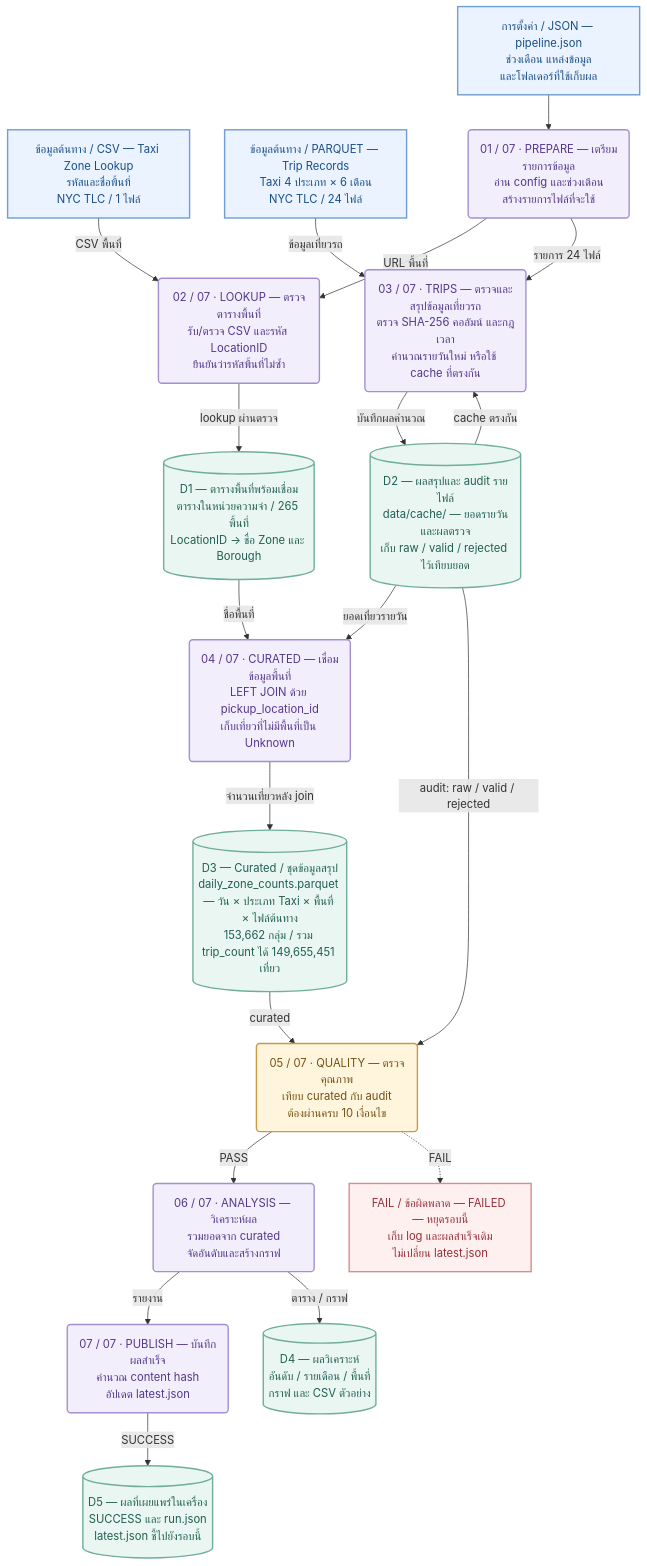
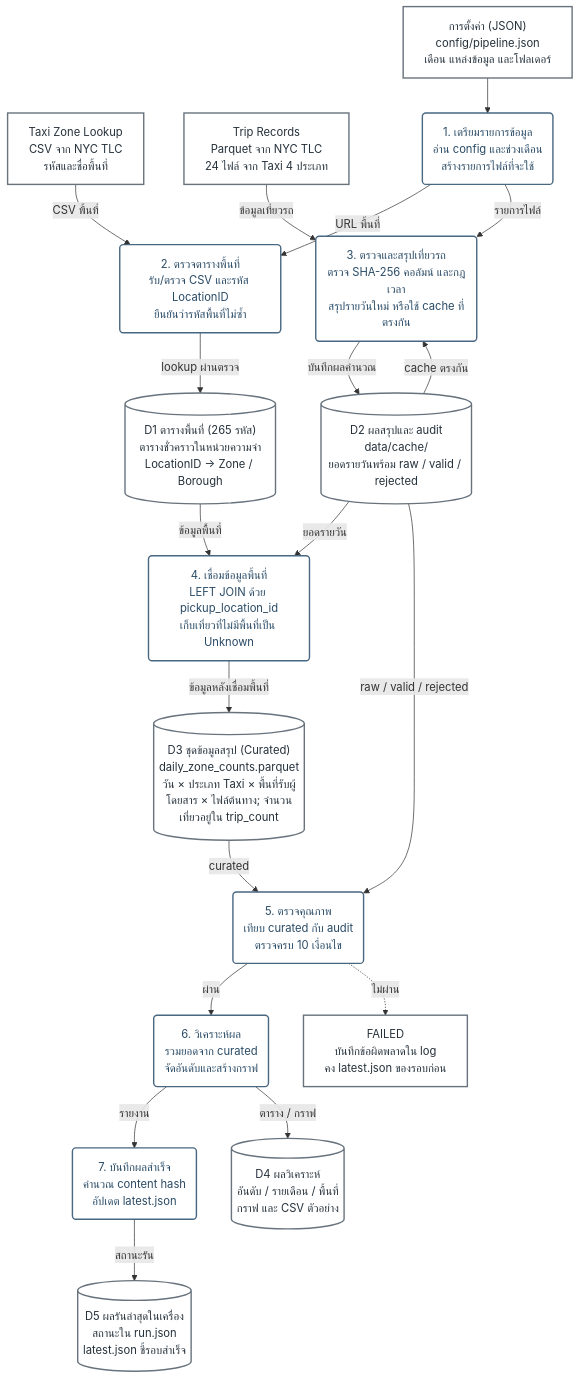
Before and after one commit to ronnakrit303/CS341-Submission2: the diagram in docs/pipeline.mmd, drawn with Mermaid. The commit also changed 3 other files, not shown here.

Commit message:
Restyle data flow diagram as grey and blue system documentation

```diff
--- a/docs/pipeline.mmd
+++ b/docs/pipeline.mmd
@@ -1,75 +1,75 @@
 flowchart TD
     %% Generated by scripts/render_pipeline_diagram.py; edit that file to regenerate both formats.
     %% Colors and labels match docs/images/pipeline-data-flow.svg.
     %% Numbered processes refer to log stages; arrows carry data, not parallel execution.
-    zoneSource["ข้อมูลต้นทาง / CSV — Taxi Zone Lookup
-รหัสและชื่อพื้นที่
-NYC TLC / 1 ไฟล์"]:::source
-    configSource["การตั้งค่า / JSON — pipeline.json
-ช่วงเดือน แหล่งข้อมูล
-และโฟลเดอร์ที่ใช้เก็บผล"]:::source
-    tripSource["ข้อมูลต้นทาง / PARQUET — Trip Records
-Taxi 4 ประเภท × 6 เดือน
-NYC TLC / 24 ไฟล์"]:::source
-    prepare("01 / 07 · PREPARE — เตรียมรายการข้อมูล
+    zoneSource["Taxi Zone Lookup
+CSV จาก NYC TLC
+รหัสและชื่อพื้นที่"]:::source
+    configSource["การตั้งค่า (JSON)
+config/pipeline.json
+เดือน แหล่งข้อมูล และโฟลเดอร์"]:::source
+    tripSource["Trip Records
+Parquet จาก NYC TLC
+24 ไฟล์ จาก Taxi 4 ประเภท"]:::source
+    prepare("1. เตรียมรายการข้อมูล
 อ่าน config และช่วงเดือน
 สร้างรายการไฟล์ที่จะใช้"):::process
-    lookup("02 / 07 · LOOKUP — ตรวจตารางพื้นที่
+    lookup("2. ตรวจตารางพื้นที่
 รับ/ตรวจ CSV และรหัส LocationID
 ยืนยันว่ารหัสพื้นที่ไม่ซ้ำ"):::process
-    trips("03 / 07 · TRIPS — ตรวจและสรุปข้อมูลเที่ยวรถ
+    trips("3. ตรวจและสรุปเที่ยวรถ
 ตรวจ SHA-256 คอลัมน์ และกฎเวลา
-คำนวณรายวันใหม่ หรือใช้ cache ที่ตรงกัน"):::process
-    zonesStore[("D1 — ตารางพื้นที่พร้อมเชื่อม
-ตารางในหน่วยความจำ / 265 พื้นที่
-LocationID → ชื่อ Zone และ Borough")]:::store
-    aggregateStore[("D2 — ผลสรุปและ audit รายไฟล์
-data/cache/ — ยอดรายวันและผลตรวจ
-เก็บ raw / valid / rejected ไว้เทียบยอด")]:::store
-    curate("04 / 07 · CURATED — เชื่อมข้อมูลพื้นที่
+สรุปรายวันใหม่ หรือใช้ cache ที่ตรงกัน"):::process
+    zonesStore[("D1 ตารางพื้นที่ (265 รหัส)
+ตารางชั่วคราวในหน่วยความจำ
+LocationID → Zone / Borough")]:::store
+    aggregateStore[("D2 ผลสรุปและ audit
+data/cache/
+ยอดรายวันพร้อม raw / valid / rejected")]:::store
+    curate("4. เชื่อมข้อมูลพื้นที่
 LEFT JOIN ด้วย pickup_location_id
 เก็บเที่ยวที่ไม่มีพื้นที่เป็น Unknown"):::process
-    curatedStore[("D3 — Curated / ชุดข้อมูลสรุป
-daily_zone_counts.parquet — วัน × ประเภท Taxi × พื้นที่ × ไฟล์ต้นทาง
-153,662 กลุ่ม / รวม trip_count ได้ 149,655,451 เที่ยว")]:::store
-    quality("05 / 07 · QUALITY — ตรวจคุณภาพ
+    curatedStore[("D3 ชุดข้อมูลสรุป (Curated)
+daily_zone_counts.parquet
+วัน × ประเภท Taxi × พื้นที่รับผู้โดยสาร × ไฟล์ต้นทาง; จำนวนเที่ยวอยู่ใน trip_count")]:::store
+    quality("5. ตรวจคุณภาพ
 เทียบ curated กับ audit
-ต้องผ่านครบ 10 เงื่อนไข"):::quality
-    analysis("06 / 07 · ANALYSIS — วิเคราะห์ผล
+ตรวจครบ 10 เงื่อนไข"):::quality
+    analysis("6. วิเคราะห์ผล
 รวมยอดจาก curated
 จัดอันดับและสร้างกราฟ"):::process
-    publish("07 / 07 · PUBLISH — บันทึกผลสำเร็จ
+    publish("7. บันทึกผลสำเร็จ
 คำนวณ content hash
 อัปเดต latest.json"):::process
-    failed["FAIL / ข้อผิดพลาด — FAILED — หยุดรอบนี้
-เก็บ log และผลสำเร็จเดิม
-ไม่เปลี่ยน latest.json"]:::failed
-    resultStore[("D4 — ผลวิเคราะห์
+    failed["FAILED
+บันทึกข้อผิดพลาดใน log
+คง latest.json ของรอบก่อน"]:::failed
+    resultStore[("D4 ผลวิเคราะห์
 อันดับ / รายเดือน / พื้นที่
 กราฟ และ CSV ตัวอย่าง")]:::store
-    successStore[("D5 — ผลที่เผยแพร่ในเครื่อง
-SUCCESS และ run.json
-latest.json ชี้ไปยังรอบนี้")]:::store
+    successStore[("D5 ผลรันล่าสุดในเครื่อง
+สถานะใน run.json
+latest.json ชี้รอบสำเร็จ")]:::store
     configSource --> prepare
     zoneSource -->|"CSV พื้นที่"| lookup
     tripSource -->|"ข้อมูลเที่ยวรถ"| trips
     prepare -->|"URL พื้นที่"| lookup
-    prepare -->|"รายการ 24 ไฟล์"| trips
+    prepare -->|"รายการไฟล์"| trips
     lookup -->|"lookup ผ่านตรวจ"| zonesStore
     trips -->|"บันทึกผลคำนวณ"| aggregateStore
     aggregateStore -->|"cache ตรงกัน"| trips
-    zonesStore -->|"ชื่อพื้นที่"| curate
-    aggregateStore -->|"ยอดเที่ยวรายวัน"| curate
-    aggregateStore -->|"audit: raw / valid / rejected"| quality
-    curate -->|"จำนวนเที่ยวหลัง join"| curatedStore
+    zonesStore -->|"ข้อมูลพื้นที่"| curate
+    aggregateStore -->|"ยอดรายวัน"| curate
+    aggregateStore -->|"raw / valid / rejected"| quality
+    curate -->|"ข้อมูลหลังเชื่อมพื้นที่"| curatedStore
     curatedStore -->|"curated"| quality
-    quality -->|"PASS"| analysis
-    quality -.->|"FAIL"| failed
+    quality -->|"ผ่าน"| analysis
+    quality -.->|"ไม่ผ่าน"| failed
     analysis -->|"รายงาน"| publish
     analysis -->|"ตาราง / กราฟ"| resultStore
-    publish -->|"SUCCESS"| successStore
-    classDef source fill:#EAF3FF,stroke:#719DD5,color:#194E87,stroke-width:2px
-    classDef process fill:#F2EEFC,stroke:#A590CE,color:#54378A,stroke-width:2px
-    classDef store fill:#EAF6F2,stroke:#6FAE9D,color:#205F51,stroke-width:2px
-    classDef quality fill:#FFF5DC,stroke:#C69B42,color:#725013,stroke-width:2px
-    classDef failed fill:#FFF0F0,stroke:#D78D92,color:#962E38,stroke-width:2px
+    publish -->|"สถานะรัน"| successStore
+    classDef source fill:#FFFFFF,stroke:#68737D,color:#25313B,stroke-width:2px
+    classDef process fill:#FFFFFF,stroke:#486781,color:#294A65,stroke-width:2px
+    classDef store fill:#FFFFFF,stroke:#68737D,color:#25313B,stroke-width:2px
+    classDef quality fill:#FFFFFF,stroke:#486781,color:#294A65,stroke-width:2px
+    classDef failed fill:#FFFFFF,stroke:#68737D,color:#25313B,stroke-width:2px
```
